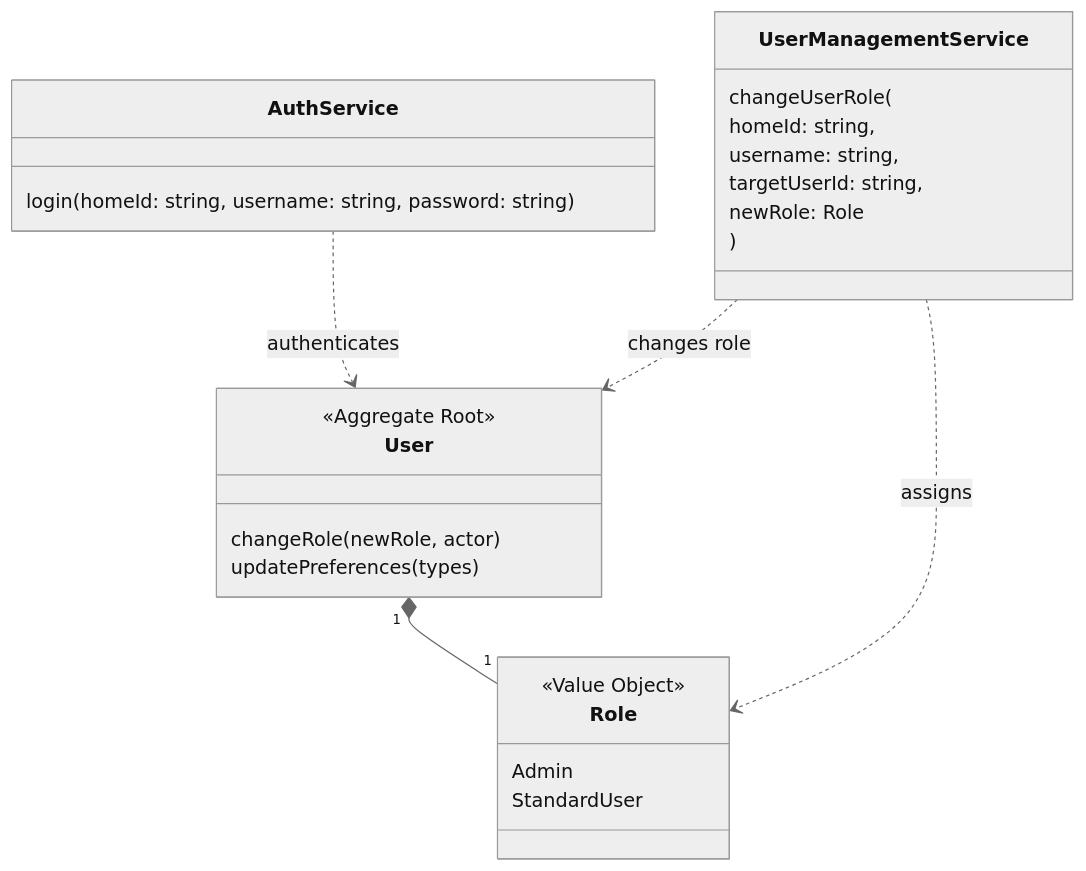
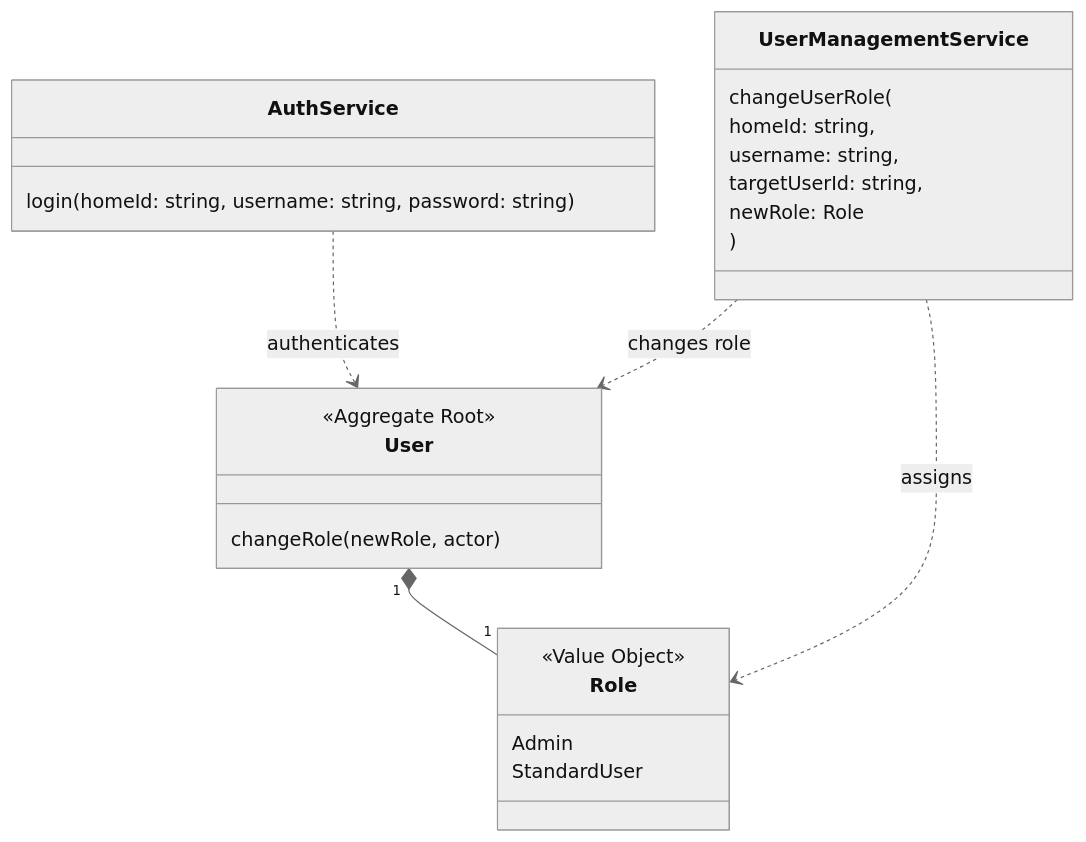
One commit to nicolo-mn/HiHome changed the first of 5 diagrams in docs-spe/design.md. Above: the diagram before and after it, drawn with Mermaid (neutral theme). The commit also changed other lines of this file and 3 other files, not shown here.

````diff
--- a/docs-spe/design.md
+++ b/docs-spe/design.md
@@ -25,29 +25,28 @@
 ```mermaid
 classDiagram
     class User {
         <<Aggregate Root>>
         changeRole(newRole, actor)
-        updatePreferences(types)
     }
     class Role {
         <<Value Object>>
         Admin
         StandardUser
     }
     class AuthService {
         login(homeId: string, username: string, password: string)
     }
     class UserManagementService {
         changeUserRole(
             homeId: string,
             username: string,
             targetUserId: string,
             newRole: Role
         )
     }
 
     User "1" *-- "1" Role
     AuthService ..> User : authenticates
     UserManagementService ..> User : changes role
     UserManagementService ..> Role : assigns
 ```
````
